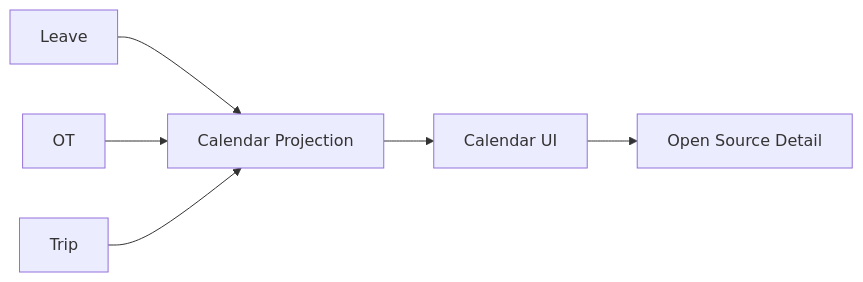
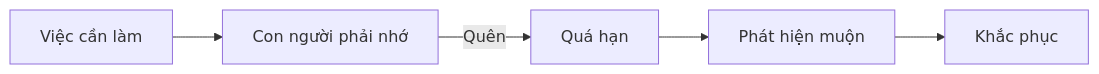
One commit to Nang0559/Reggister changed the ninth of 15 diagrams in MÔ HÌNH/DOCUMENTATION/07_PRESENTATION.md. Above: the diagram before and after it, drawn with Mermaid. The commit also changed other lines of this file and 256 other files, not shown here.

````diff
--- a/MÔ HÌNH/DOCUMENTATION/07_PRESENTATION.md
+++ b/MÔ HÌNH/DOCUMENTATION/07_PRESENTATION.md
@@ -331,8 +337,7 @@
 ```mermaid
 flowchart LR
-    LEAVE[Leave] --> CAL[Calendar Projection]
-    OT[OT] --> CAL
-    TRIP[Trip] --> CAL
-    CAL --> UI[Calendar UI]
-    UI --> DETAIL[Open Source Detail]
+    A[Việc cần làm] --> B[Con người phải nhớ]
+    B -->|Quên| C[Quá hạn]
+    C --> D[Phát hiện muộn]
+    D --> E[Khắc phục]
 ```
````
